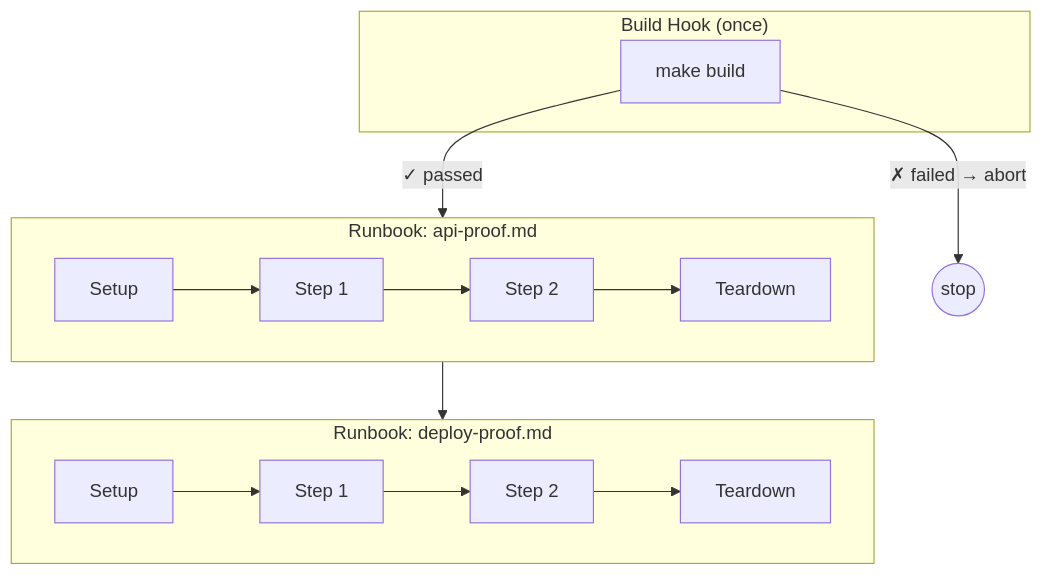
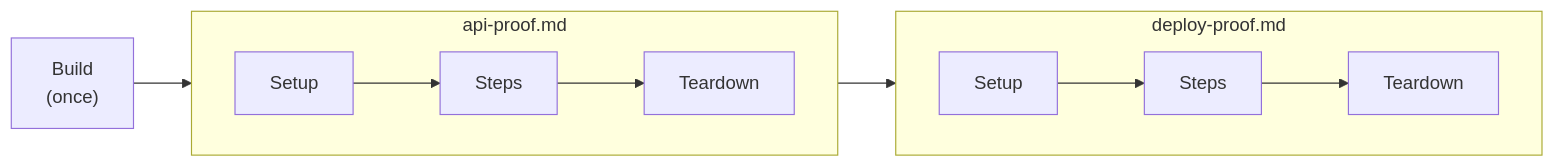
Before and after one commit to Votarymortiseandtenonjoint137/mdproof: the second of 2 diagrams in README.md, drawn with Mermaid. The commit also changed other lines of this file, not shown here.

Commit message:
fix: use horizontal Mermaid flowcharts for better GitHub rendering

````diff
--- a/README.md
+++ b/README.md
@@ -448,15 +442,14 @@
 ```mermaid
-flowchart TD
-    subgraph build ["Build Hook (once)"]
-        B["make build"]
+flowchart LR
+    B["Build
+    (once)"] --> R1
+    subgraph R1 ["api-proof.md"]
+        direction LR
+        S1[Setup] --> St1["Steps"] --> T1[Teardown]
     end
-    subgraph runbook1 ["Runbook: api-proof.md"]
-        S1[Setup] --> T1_1[Step 1] --> T1_2[Step 2] --> TD1[Teardown]
+    R1 --> R2
+    subgraph R2 ["deploy-proof.md"]
+        direction LR
+        S2[Setup] --> St2["Steps"] --> T2[Teardown]
     end
-    subgraph runbook2 ["Runbook: deploy-proof.md"]
-        S2[Setup] --> T2_1[Step 1] --> T2_2[Step 2] --> TD2[Teardown]
-    end
-    B -->|"✓ passed"| runbook1
-    B -->|"✗ failed → abort"| X((stop))
-    runbook1 --> runbook2
 ```
````
